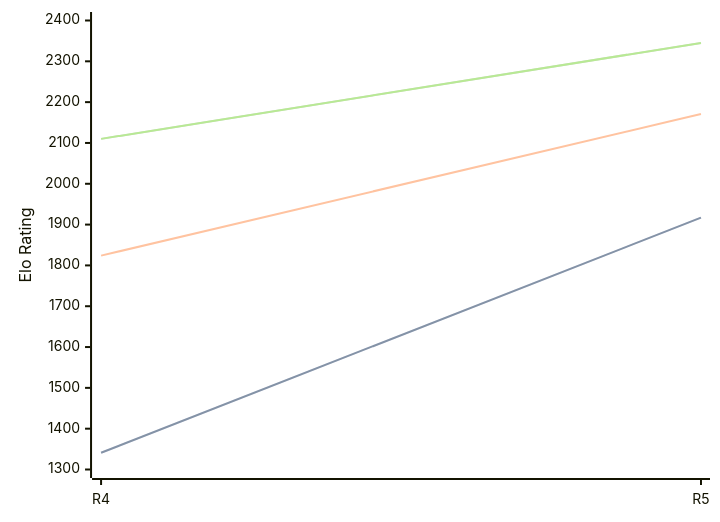
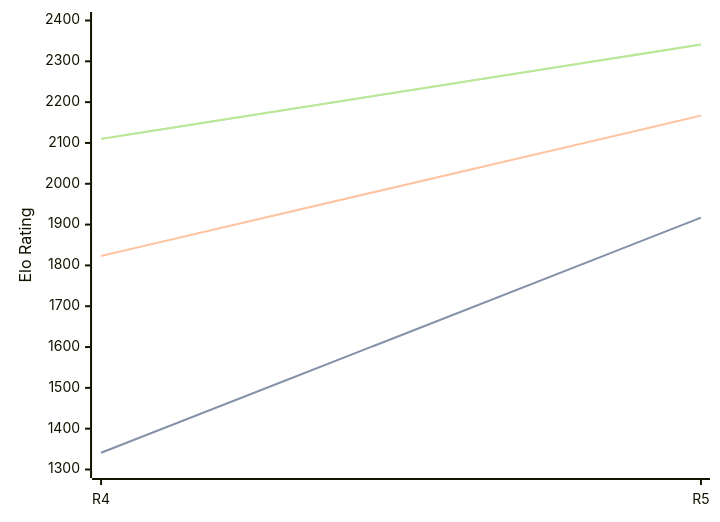
One commit to computer-chess-index/cci changed the third of 3 diagrams in engines/Viking.md. Above: the diagram before and after it, drawn with Mermaid. The commit also changed other lines of this file, not shown here.

Commit message:
Update CCI Ratings (ELO VLTC) - 2026-07-15

````diff
--- a/engines/Viking.md
+++ b/engines/Viking.md
@@ -68,11 +68,11 @@
 ```mermaid
 %%{init: {"theme":"base","themeVariables":{"seriesColors:['#a3a3a3','#222221','#faa371']}}}%%
 xychart-beta
   x-axis ["R4", "R5"]
   y-axis "Elo Rating" 1300 --> 2400
   line "STC (8.0+0.08s)" [1341, 1917]
   line "STC (8.0+0.08s)" [1341, 1917]
-  line "LTC (60.0+0.60s)" [1824, 2171]
-  line "VLTC (2m24s+1.12s)" [2110, 2345]
-  line "VLTC (2m24s+1.12s)" [2110, 2345]
+  line "LTC (60.0+0.60s)" [1823, 2167]
+  line "VLTC (2m24s+1.12s)" [2110, 2341]
+  line "VLTC (2m24s+1.12s)" [2110, 2341]
 ```
````
